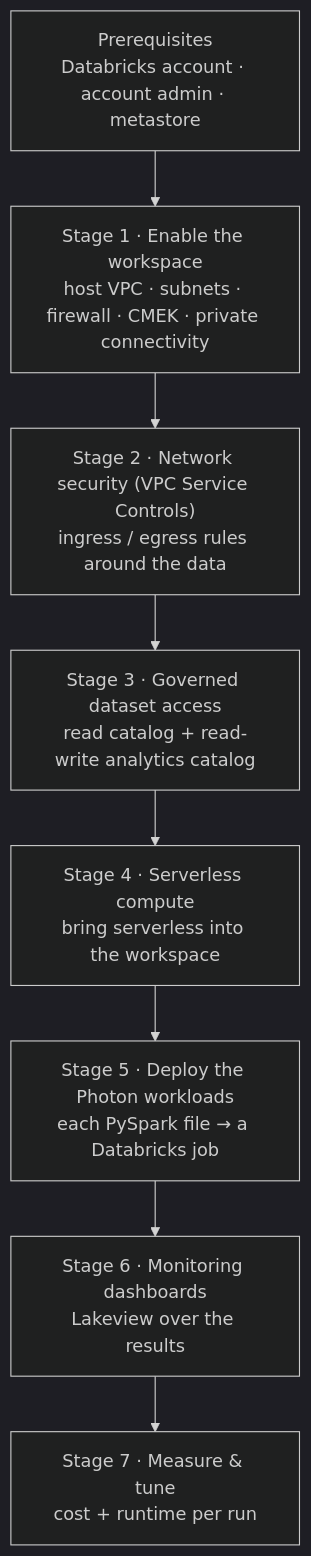
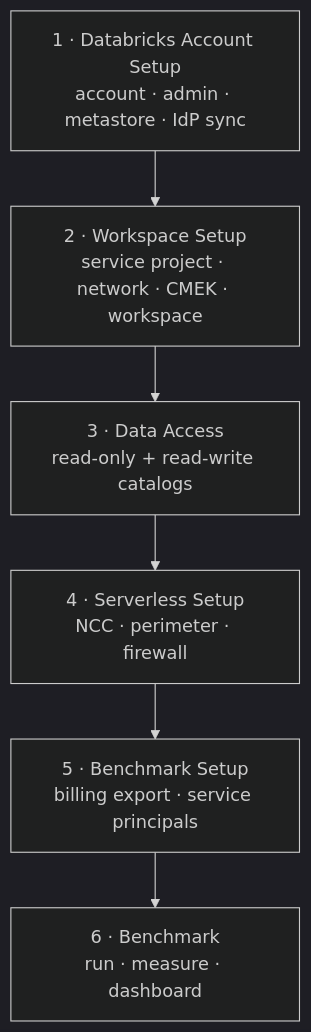
The diagram in README.md (klevisa/shared-vpc-cmk-psc-databricks-deployment), drawn with Mermaid (dark theme) before and after one commit. The commit also changed other lines of this file and 97 other files, not shown here.

````diff
--- a/README.md
+++ b/README.md
@@ -17,13 +14,10 @@
 ```mermaid
 flowchart TB
-    PRE["Prerequisites<br/>Databricks account · account admin · metastore"]
-    S1["Stage 1 · Enable the workspace<br/>host VPC · subnets · firewall · CMEK · private connectivity"]
-    S2["Stage 2 · Network security (VPC Service Controls)<br/>ingress / egress rules around the data"]
-    S3["Stage 3 · Governed dataset access<br/>read catalog + read-write analytics catalog"]
-    S4["Stage 4 · Serverless compute<br/>bring serverless into the workspace"]
-    S5["Stage 5 · Deploy the Photon workloads<br/>each PySpark file → a Databricks job"]
-    S6["Stage 6 · Monitoring dashboards<br/>Lakeview over the results"]
-    S7["Stage 7 · Measure &amp; tune<br/>cost + runtime per run"]
-
-    PRE --> S1 --> S2 --> S3 --> S4 --> S5 --> S6 --> S7
+    P1["1 · Databricks Account Setup<br/>account · admin · metastore · IdP sync"]
+    P2["2 · Workspace Setup<br/>service project · network · CMEK · workspace"]
+    P3["3 · Data Access<br/>read-only + read-write catalogs"]
+    P4["4 · Serverless Setup<br/>NCC · perimeter · firewall"]
+    P5["5 · Benchmark Setup<br/>billing export · service principals"]
+    P6["6 · Benchmark<br/>run · measure · dashboard"]
+    P1 --> P2 --> P3 --> P4 --> P5 --> P6
 ```
````
